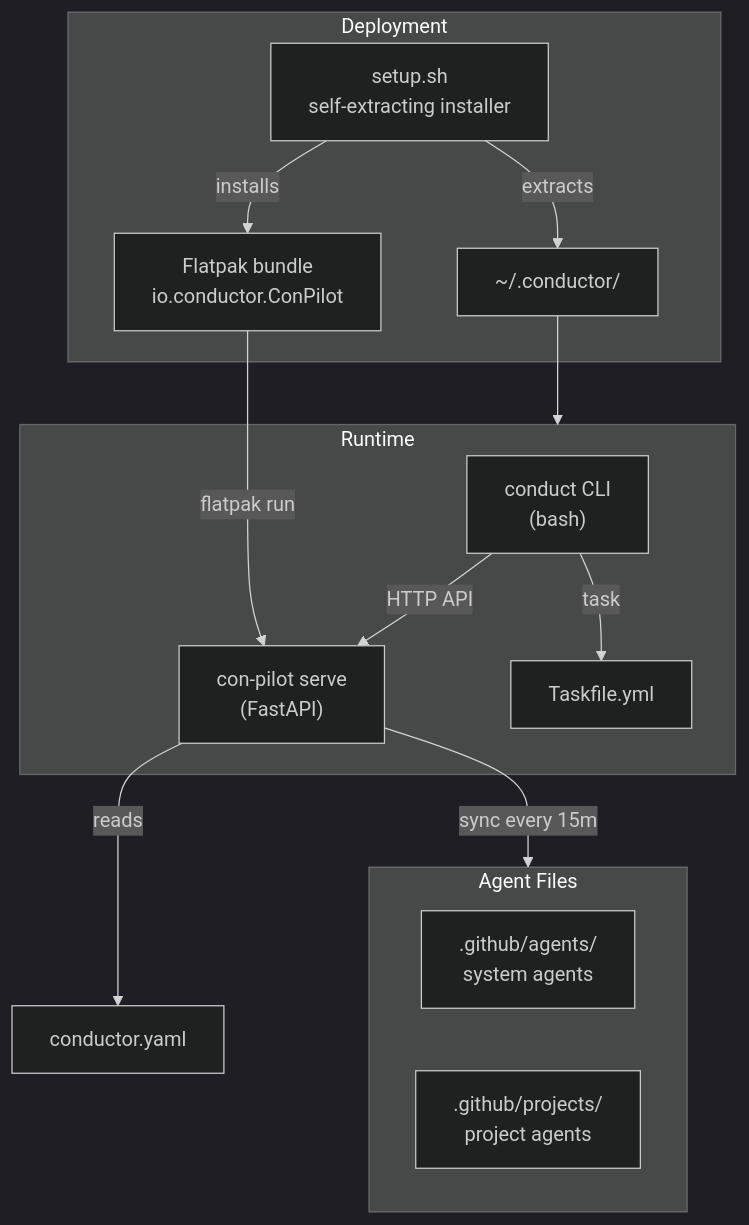
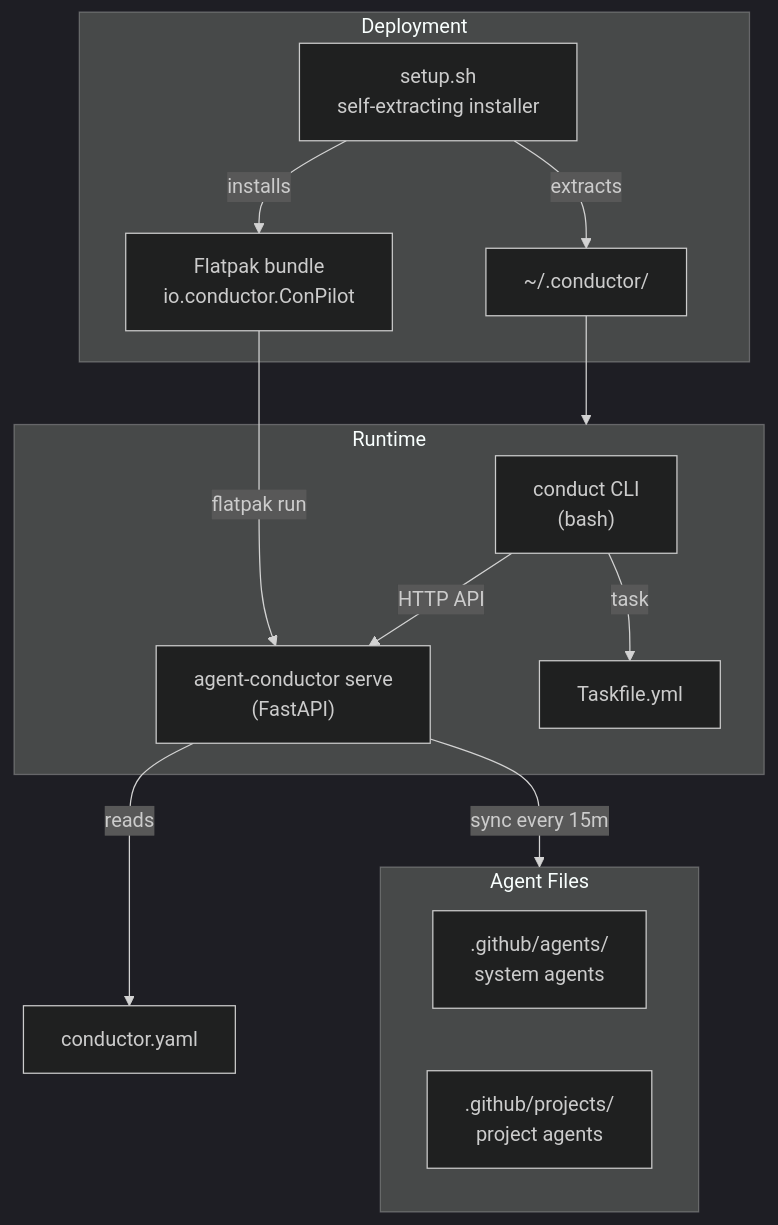
One commit to oliben67/copilot-conductor-releases changed the first of 9 diagrams in README.md. Above: the diagram before and after it, drawn with Mermaid (dark theme). The commit also changed other lines of this file and 13 other files, not shown here.

````diff
--- a/README.md
+++ b/README.md
@@ -81,26 +81,26 @@
 ```mermaid
 flowchart TD
     subgraph INSTALL["Deployment"]
         SH["setup.sh\nself-extracting installer"]
         FP["Flatpak bundle\nio.conductor.ConPilot"]
         SH -->|extracts| HOME["~/.conductor/"]
         SH -->|installs| FP
     end
 
     subgraph RUNTIME["Runtime"]
         CONDUCT["conduct CLI\n(bash)"]
-        API["con-pilot serve\n(FastAPI)"]
+        API["agent-conductor serve\n(FastAPI)"]
         CONDUCT -->|"HTTP API"| API
         CONDUCT -->|"task"| TF["Taskfile.yml"]
     end
 
     subgraph AGENTS["Agent Files"]
         SYS[".github/agents/\nsystem agents"]
         PROJ[".github/projects/\nproject agents"]
     end
 
     HOME --> RUNTIME
     FP -->|"flatpak run"| API
     API -->|"sync every 15m"| AGENTS
     API -->|"reads"| CJ["conductor.yaml"]
 ```
````
